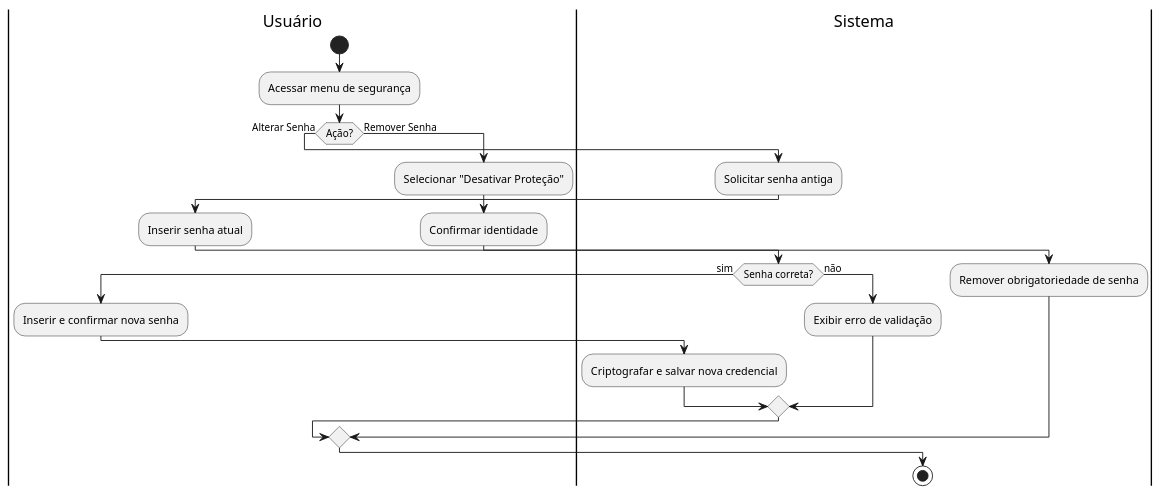
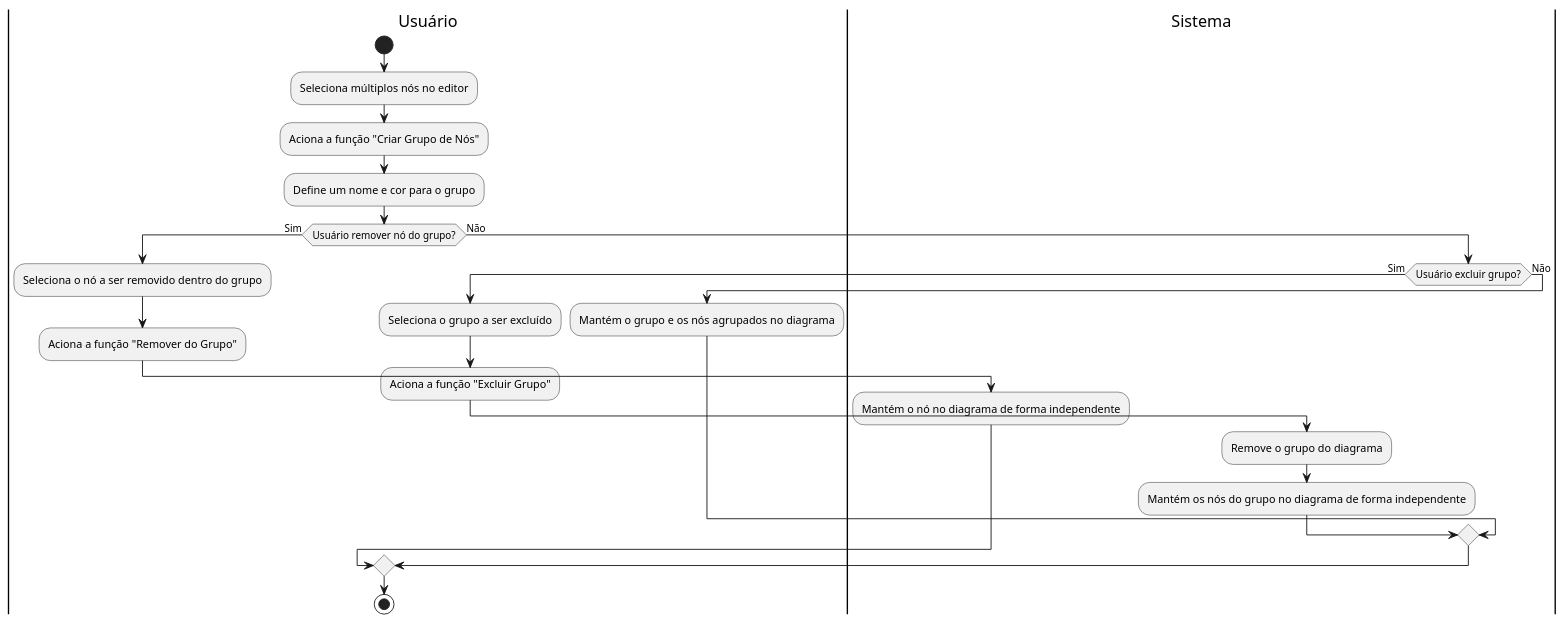
One commit to aspiringluke/Projeto-Integrado-Mobile changed the diagram in docs/casosUso/uml/diagramas_atividade/diagrama_atividade_UC16.puml. Above: the diagram before and after it, drawn with PlantUML. The commit also changed 19 other files, not shown here.

Commit message:
docs: Diagramas de atividade ajustados aos casos de uso atuais

```diff
--- a/docs/casosUso/uml/diagramas_atividade/diagrama_atividade_UC16.puml
+++ b/docs/casosUso/uml/diagramas_atividade/diagrama_atividade_UC16.puml
@@ -1,30 +1,31 @@
 @startuml diagrama_UC16
 
 |Usuário|
 start
-:Acessar menu de segurança;
+:Seleciona múltiplos nós no editor;
+:Aciona a função "Criar Grupo de Nós";
+:Define um nome e cor para o grupo;
 
-if (Ação?) then (Alterar Senha)
+if (Usuário remover nó do grupo?) then (Sim)
+  |Usuário|
+  :Seleciona o nó a ser removido dentro do grupo;
+  :Aciona a função "Remover do Grupo";
+
   |Sistema|
-  :Solicitar senha antiga;
-  |Usuário|
-  :Inserir senha atual;
-  |Sistema|
-  if (Senha correta?) then (sim)
+  :Mantém o nó no diagrama de forma independente;
+else (Não)
+  if (Usuário excluir grupo?) then (Sim)
     |Usuário|
-    :Inserir e confirmar nova senha;
+    :Seleciona o grupo a ser excluído;
+    :Aciona a função "Excluir Grupo";
+    
     |Sistema|
-    :Criptografar e salvar nova credencial;
-  else (não)
-    :Exibir erro de validação;
-  endif
-else (Remover Senha)
-  |Usuário|
-  :Selecionar "Desativar Proteção";
-  :Confirmar identidade;
-  |Sistema|
-  :Remover obrigatoriedade de senha;
+    :Remove o grupo do diagrama;
+    :Mantém os nós do grupo no diagrama de forma independente;
+  else (Não)
+    |Usuário|
+    :Mantém o grupo e os nós agrupados no diagrama;
+    endif
 endif
-
-stop
+    stop
 @enduml
```
